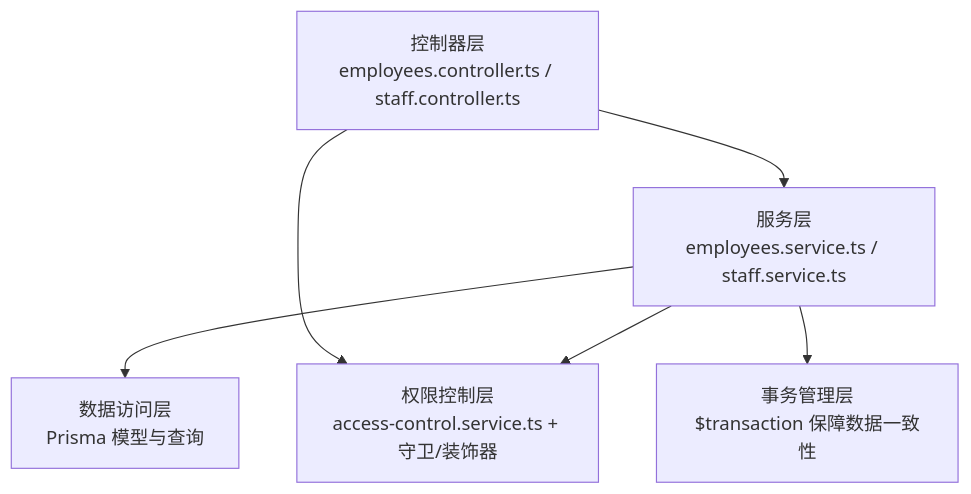
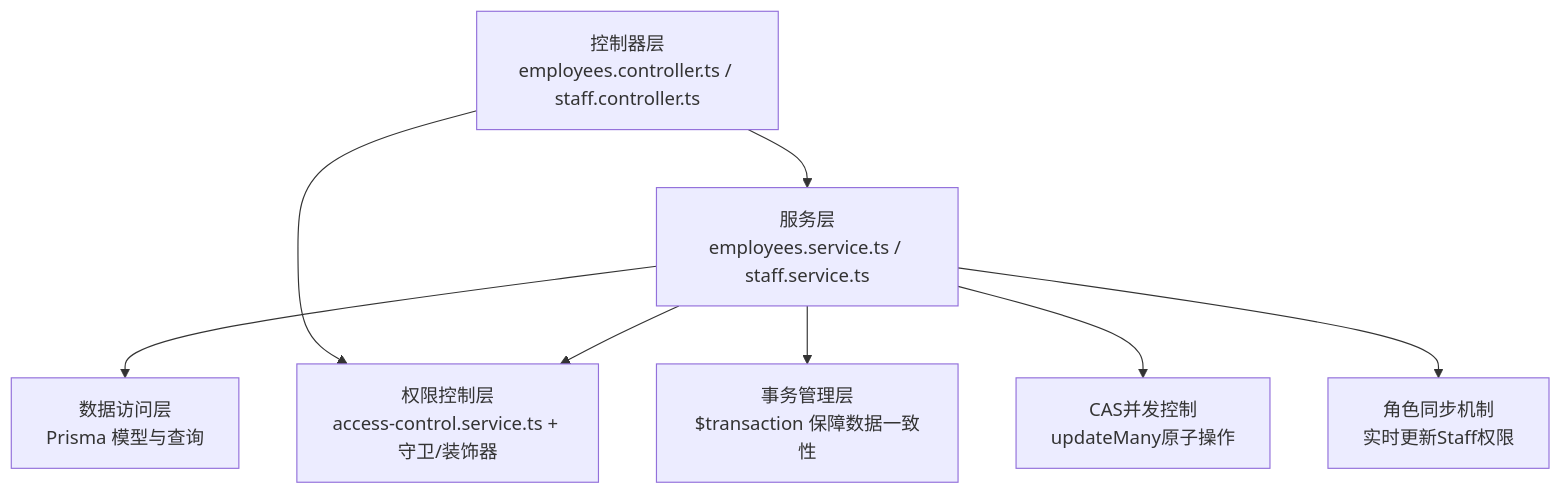
Before and after one commit to rc558620/purelyprofit-server: the second of 9 diagrams in .qoder/repowiki/zh/content/业务模块/员工管理模块/员工管理模块.md, drawn with Mermaid. The commit also changed other lines of this file and 80 other files, not shown here.

````diff
--- a/.qoder/repowiki/zh/content/业务模块/员工管理模块/员工管理模块.md
+++ b/.qoder/repowiki/zh/content/业务模块/员工管理模块/员工管理模块.md
@@ -161,13 +161,17 @@
 ```mermaid
 graph TB
 C["控制器层<br/>employees.controller.ts / staff.controller.ts"]
 S["服务层<br/>employees.service.ts / staff.service.ts"]
 D["数据访问层<br/>Prisma 模型与查询"]
 AC["权限控制层<br/>access-control.service.ts + 守卫/装饰器"]
 T["事务管理层<br/>$transaction 保障数据一致性"]
+CAS["CAS并发控制<br/>updateMany原子操作"]
+RS["角色同步机制<br/>实时更新Staff权限"]
 C --> S
 S --> D
 C --> AC
 S --> AC
 S --> T
+S --> CAS
+S --> RS
 ```
````
